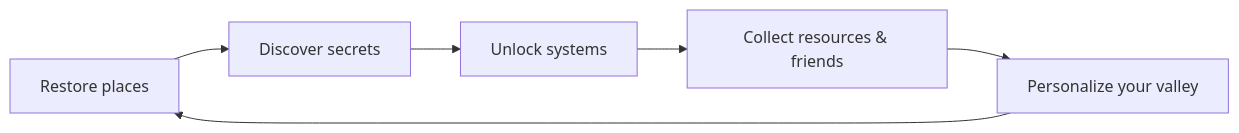
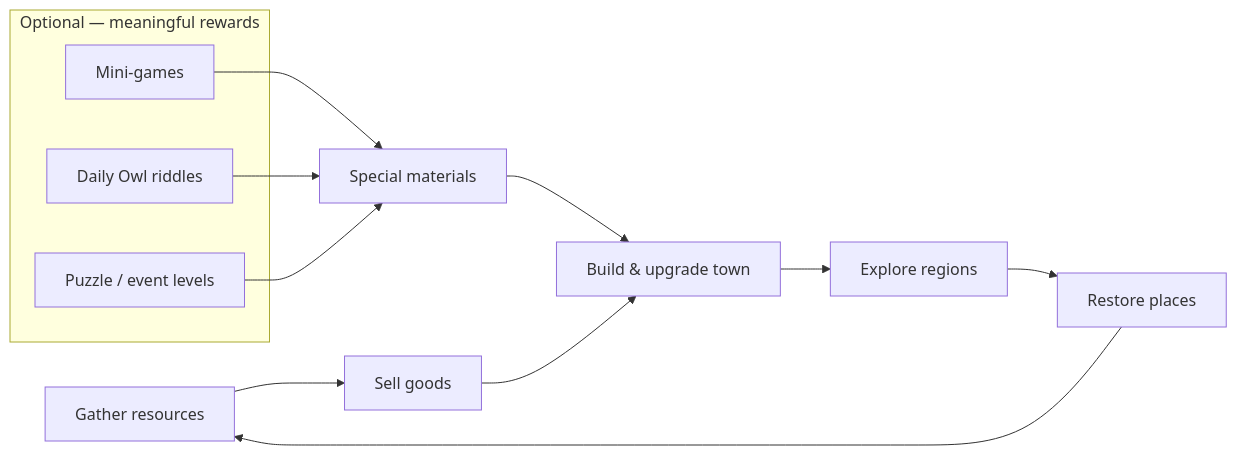
The first of 3 diagrams in ARCHITECTURE.md (altairhvac-wq/hearthvale), drawn with Mermaid before and after one commit. The commit also changed other lines of this file and 2 other files, not shown here.

Commit message:
Align Hearthvale vision roadmap and architecture

````diff
--- a/ARCHITECTURE.md
+++ b/ARCHITECTURE.md
@@ -13,8 +29,19 @@
 ```mermaid
 flowchart LR
-  Restore[Restore places] --> Discover[Discover secrets]
-  Discover --> Unlock[Unlock systems]
-  Unlock --> Collect[Collect resources & friends]
-  Collect --> Personalize[Personalize your valley]
-  Personalize --> Restore
+  Gather[Gather resources] --> Sell[Sell goods]
+  Sell --> Build[Build & upgrade town]
+  Build --> Explore[Explore regions]
+  Explore --> Restore[Restore places]
+  Restore --> Gather
+
+  subgraph optional [Optional — meaningful rewards]
+    MiniGames[Mini-games]
+    Riddles[Daily Owl riddles]
+    Events[Puzzle / event levels]
+  end
+
+  MiniGames --> Materials[Special materials]
+  Riddles --> Materials
+  Events --> Materials
+  Materials --> Build
 ```
````
